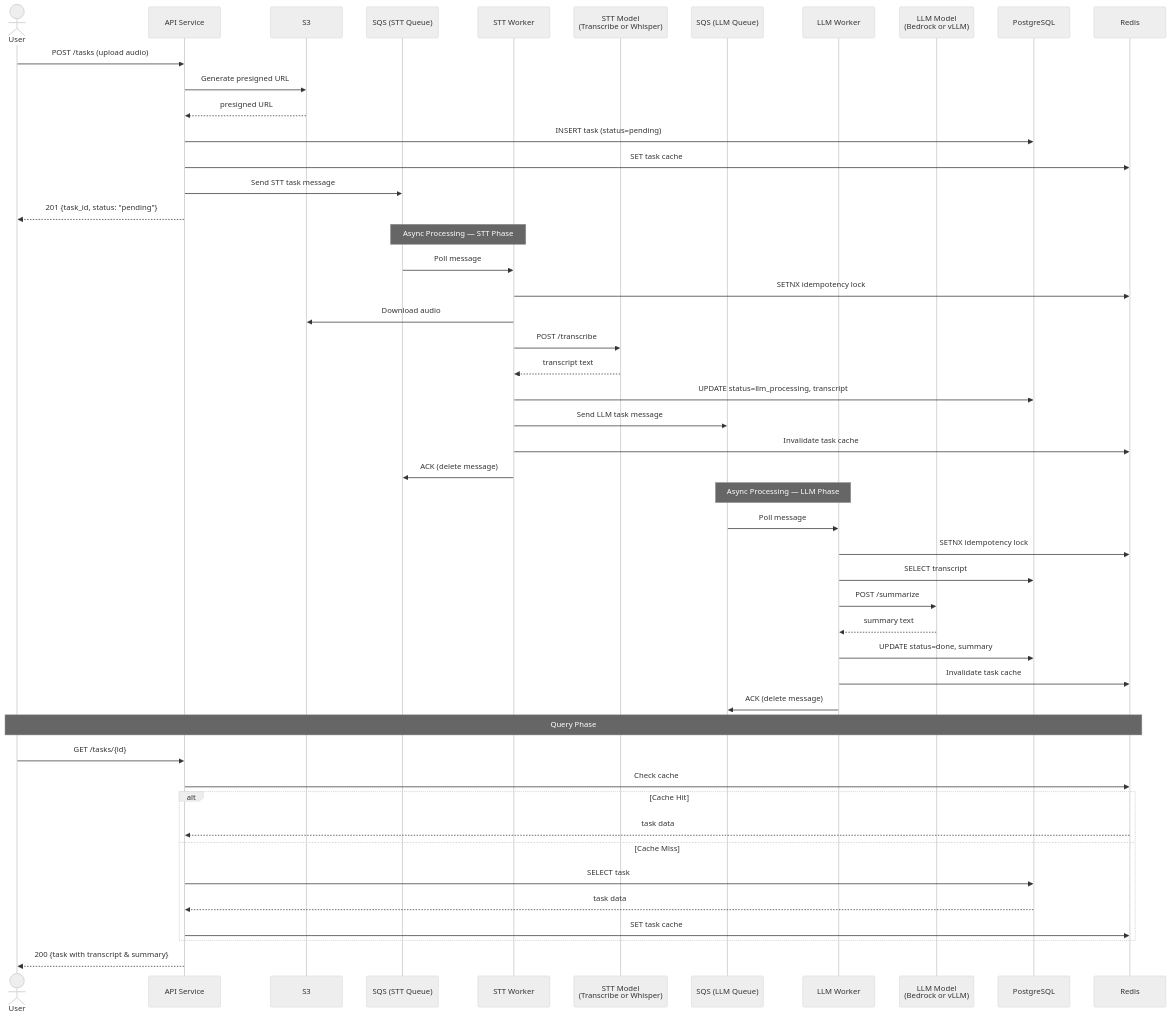
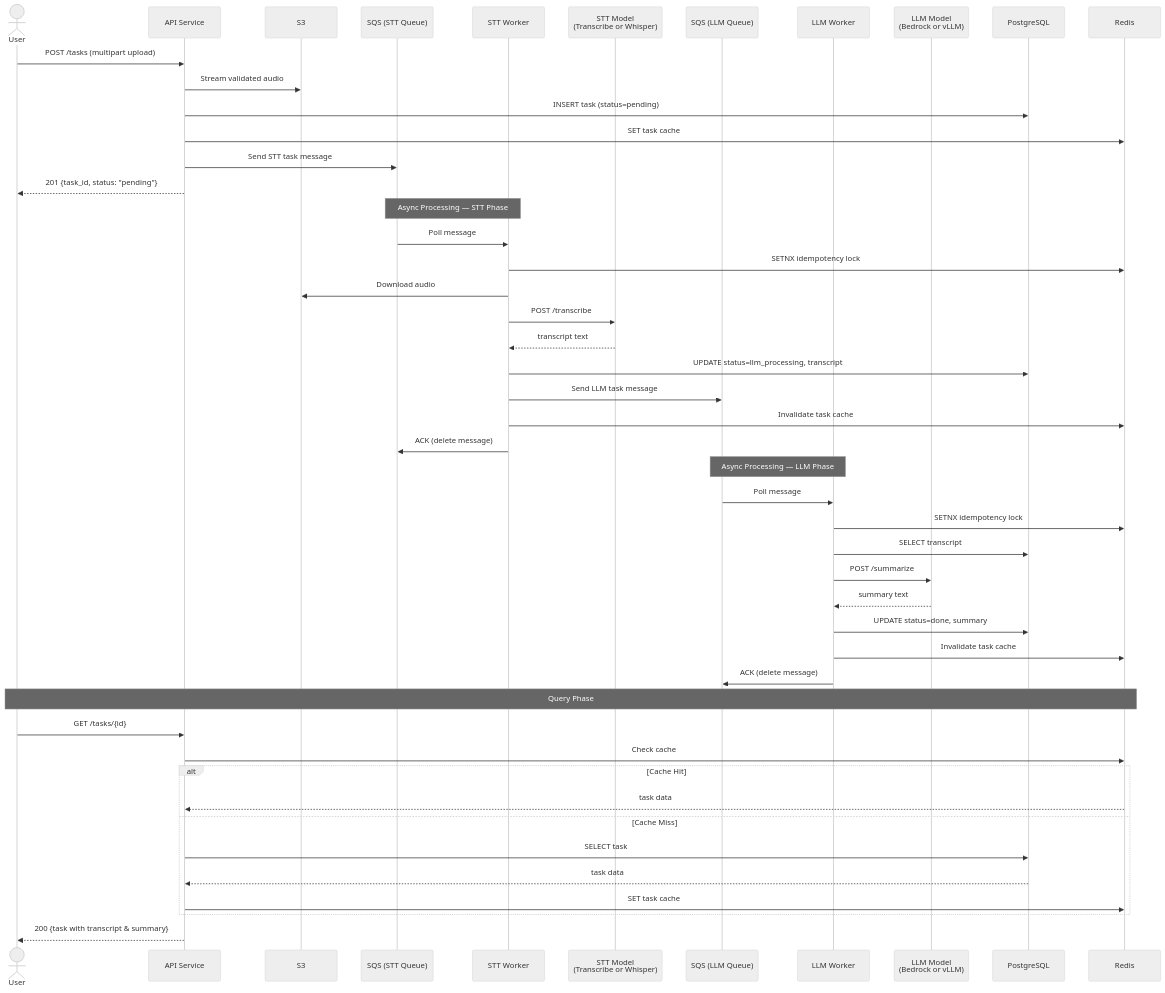
One commit to m24927605/system-architecture-design changed the fourth of 12 diagrams in ARCHITECTURE.md. Above: the diagram before and after it, drawn with Mermaid (neutral theme). The commit also changed other lines of this file and 4 other files, not shown here.

Commit message:
Align architecture evolution with API uploads

````diff
--- a/ARCHITECTURE.md
+++ b/ARCHITECTURE.md
@@ -505,58 +505,57 @@
 ```mermaid
 sequenceDiagram
     actor User
     participant API as API Service
     participant S3
     participant SQS as SQS (STT Queue)
     participant STTW as STT Worker
     participant Whisper as STT Model<br/>(Transcribe or Whisper)
     participant LLMQ as SQS (LLM Queue)
     participant LLMW as LLM Worker
     participant vLLM as LLM Model<br/>(Bedrock or vLLM)
     participant PG as PostgreSQL
     participant Redis
 
-    User->>API: POST /tasks (upload audio)
-    API->>S3: Generate presigned URL
-    S3-->>API: presigned URL
+    User->>API: POST /tasks (multipart upload)
+    API->>S3: Stream validated audio
     API->>PG: INSERT task (status=pending)
     API->>Redis: SET task cache
     API->>SQS: Send STT task message
     API-->>User: 201 {task_id, status: "pending"}
 
     Note over SQS,STTW: Async Processing — STT Phase
 
     SQS->>STTW: Poll message
     STTW->>Redis: SETNX idempotency lock
     STTW->>S3: Download audio
     STTW->>Whisper: POST /transcribe
     Whisper-->>STTW: transcript text
     STTW->>PG: UPDATE status=llm_processing, transcript
     STTW->>LLMQ: Send LLM task message
     STTW->>Redis: Invalidate task cache
     STTW->>SQS: ACK (delete message)
 
     Note over LLMQ,LLMW: Async Processing — LLM Phase
 
     LLMQ->>LLMW: Poll message
     LLMW->>Redis: SETNX idempotency lock
     LLMW->>PG: SELECT transcript
     LLMW->>vLLM: POST /summarize
     vLLM-->>LLMW: summary text
     LLMW->>PG: UPDATE status=done, summary
     LLMW->>Redis: Invalidate task cache
     LLMW->>LLMQ: ACK (delete message)
 
     Note over User,Redis: Query Phase
 
     User->>API: GET /tasks/{id}
     API->>Redis: Check cache
     alt Cache Hit
         Redis-->>API: task data
     else Cache Miss
         API->>PG: SELECT task
         PG-->>API: task data
         API->>Redis: SET task cache
     end
     API-->>User: 200 {task with transcript & summary}
 ```
````
